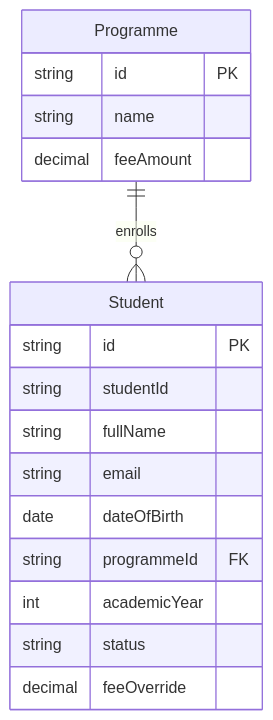
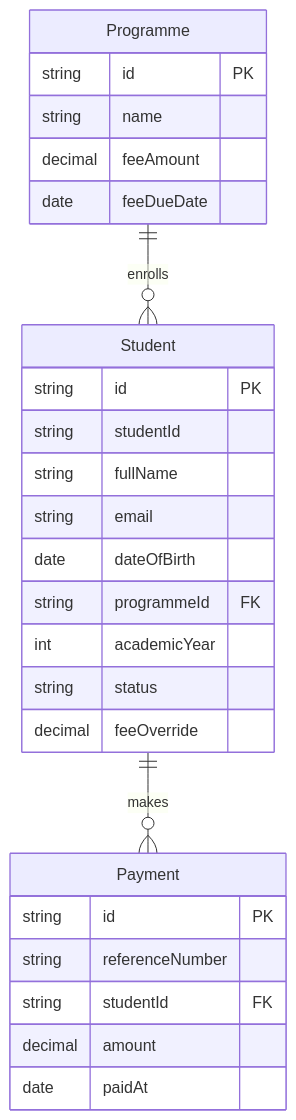
The diagram in README.md (thinkGrow/sms-registry), drawn with Mermaid before and after one commit. The commit also changed other lines of this file and 2 other files, not shown here.

Commit message:
feat: add Payment model and per-programme fee due dates

````diff
--- a/README.md
+++ b/README.md
@@ -19,20 +19,29 @@
 ```mermaid
 erDiagram
     Programme ||--o{ Student : enrolls
+    Student ||--o{ Payment : makes
     Programme {
         string id PK
         string name
         decimal feeAmount
+        date feeDueDate
     }
     Student {
         string id PK
         string studentId
         string fullName
         string email
         date dateOfBirth
         string programmeId FK
         int academicYear
         string status
         decimal feeOverride
     }
+    Payment {
+        string id PK
+        string referenceNumber
+        string studentId FK
+        decimal amount
+        date paidAt
+    }
 ```
````
